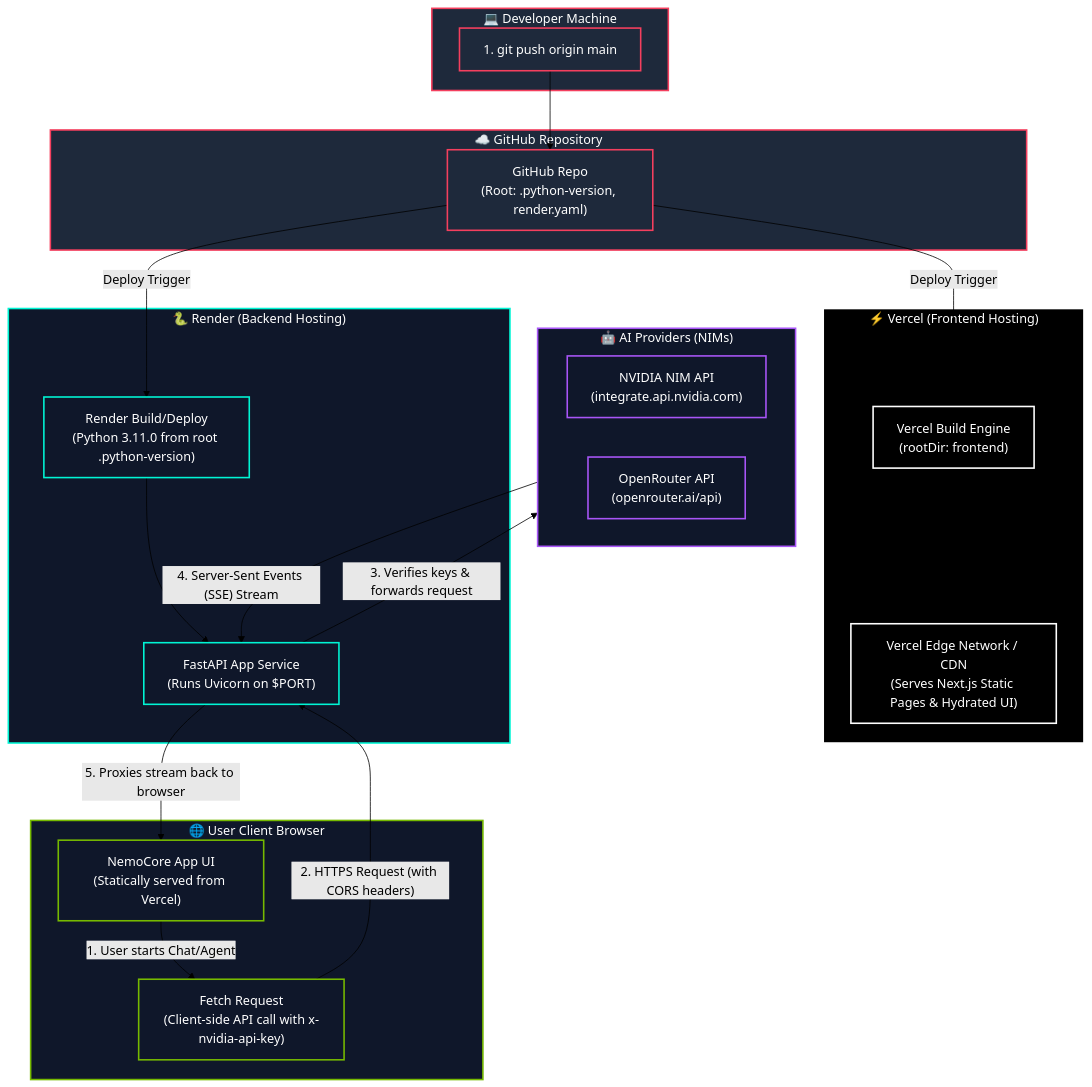
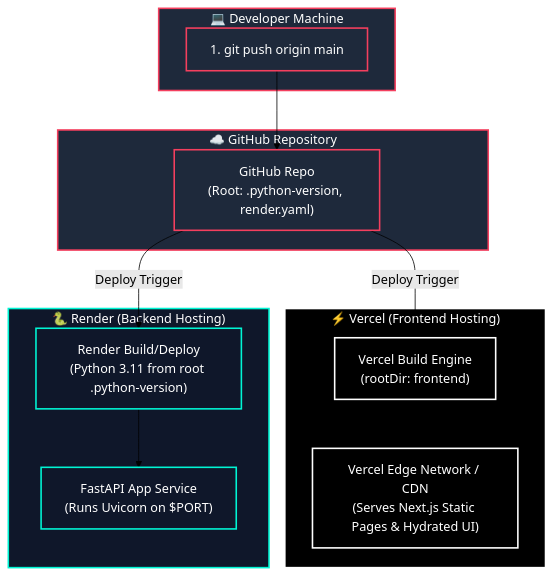
One commit to RudrakshRakeshZodage/Nemotron_3 changed the second of 4 diagrams in README.md. Above: the diagram before and after it, drawn with Mermaid (forest theme). The commit also changed other lines of this file and 1 other file, not shown here.

````diff
--- a/README.md
+++ b/README.md
@@ -142,57 +144,36 @@
 ```mermaid
 flowchart TD
     subgraph DEV_PC["💻 Developer Machine"]
         GIT_PUSH["1. git push origin main"]
     end
 
     subgraph CLOUD["☁️ GitHub Repository"]
         REPO["GitHub Repo\n(Root: .python-version, render.yaml)"]
     end
 
     subgraph VERCEL["⚡ Vercel (Frontend Hosting)"]
         V_BUILD["Vercel Build Engine\n(rootDir: frontend)"]
         V_CDN["Vercel Edge Network / CDN\n(Serves Next.js Static Pages & Hydrated UI)"]
     end
 
     subgraph RENDER["🐍 Render (Backend Hosting)"]
-        R_BUILD["Render Build/Deploy\n(Python 3.11.0 from root .python-version)"]
+        R_BUILD["Render Build/Deploy\n(Python 3.11 from root .python-version)"]
         R_SVC["FastAPI App Service\n(Runs Uvicorn on $PORT)"]
     end
 
-    subgraph CLIENT_BROWSER["🌐 User Client Browser"]
-        CLIENT_UI["NemoCore App UI\n(Statically served from Vercel)"]
-        CLIENT_REQ["Fetch Request\n(Client-side API call with x-nvidia-api-key)"]
-    end
-
-    subgraph PROVIDERS["🤖 AI Providers (NIMs)"]
-        NVIDIA_API["NVIDIA NIM API\n(integrate.api.nvidia.com)"]
-        OR_API["OpenRouter API\n(openrouter.ai/api)"]
-    end
-
-    %% Development & Deploy Workflow
+    %% Deployment Workflow
     GIT_PUSH --> REPO
     REPO -->|"Deploy Trigger"| V_BUILD
     REPO -->|"Deploy Trigger"| R_BUILD
     V_BUILD --> V_CDN
     R_BUILD --> R_SVC
 
-    %% Request Workflow
-    CLIENT_UI -->|"1. User starts Chat/Agent"| CLIENT_REQ
-    CLIENT_REQ -->|"2. HTTPS Request (with CORS headers)"| R_SVC
-    R_SVC -->|"3. Verifies keys & forwards request"| PROVIDERS
-    PROVIDERS -->|"4. Server-Sent Events (SSE) Stream"| R_SVC
-    R_SVC -->|"5. Proxies stream back to browser"| CLIENT_UI
-
     %% Styling
     classDef git fill:#1e293b,stroke:#f43f5e,stroke-width:2px,color:#fff
     classDef vercel fill:#000,stroke:#fff,stroke-width:2px,color:#fff
     classDef render fill:#0f172a,stroke:#00f5d4,stroke-width:2px,color:#fff
-    classDef client fill:#0f172a,stroke:#76b900,stroke-width:2px,color:#fff
-    classDef provider fill:#0f172a,stroke:#a855f7,stroke-width:2px,color:#fff
 
     class DEV_PC,GIT_PUSH,REPO,CLOUD git
     class VERCEL,V_BUILD,V_CDN vercel
     class RENDER,R_BUILD,R_SVC render
-    class CLIENT_BROWSER,CLIENT_UI,CLIENT_REQ client
-    class PROVIDERS,NVIDIA_API,OR_API provider
 ```
````
